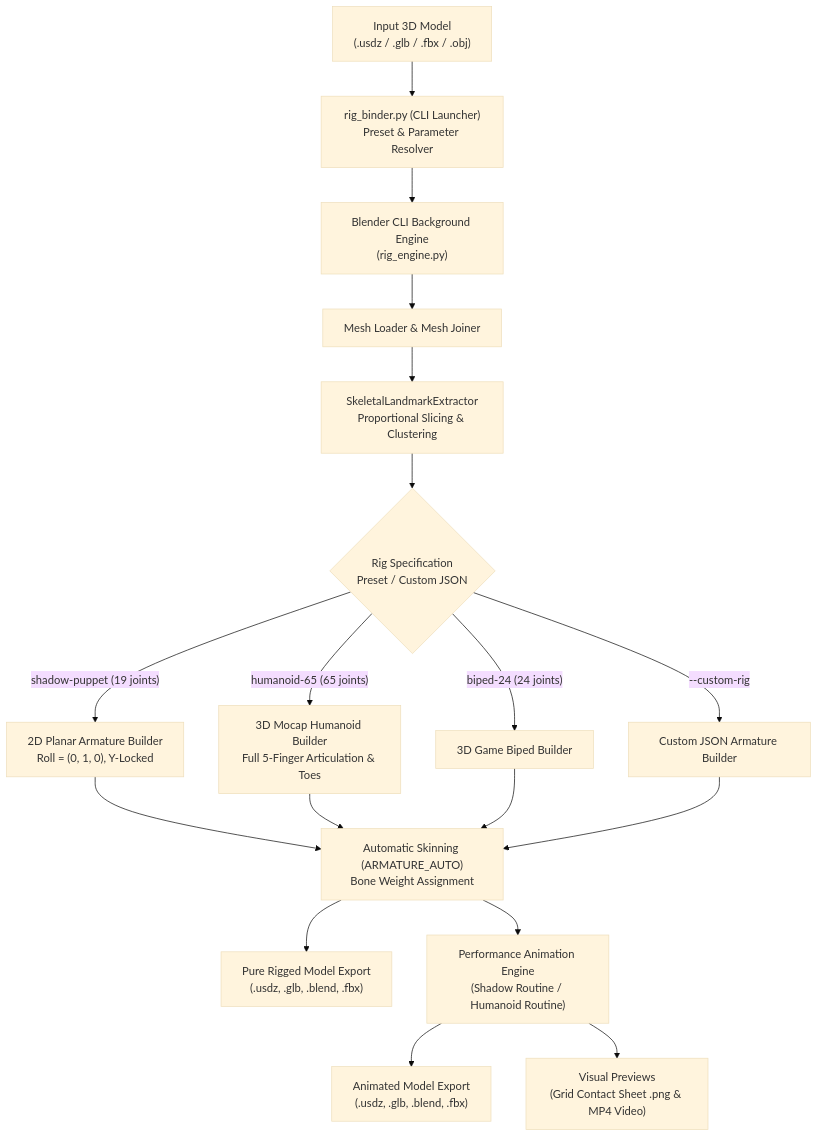
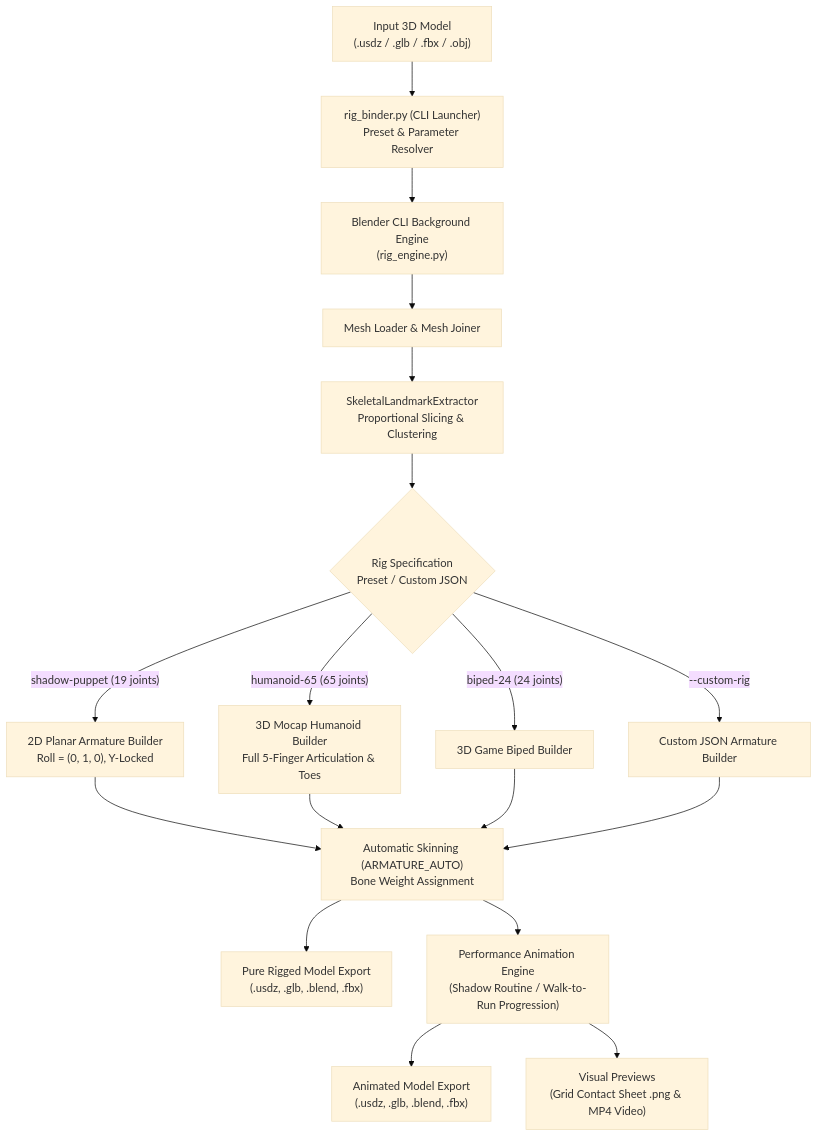
The diagram in xr/rig-binder/ARCHITECTURE.md (dailystudio/frame-and-fable), drawn with Mermaid (base theme) before and after one commit. The commit also changed 2 other files, not shown here.

Commit message:
[xr/rig_binder]: add walk-to-run preview;

````diff
--- a/xr/rig-binder/ARCHITECTURE.md
+++ b/xr/rig-binder/ARCHITECTURE.md
@@ -9,22 +9,22 @@
 ```mermaid
 flowchart TD
     A["Input 3D Model\n(.usdz / .glb / .fbx / .obj)"] --> B["rig_binder.py (CLI Launcher)\nPreset & Parameter Resolver"]
     B --> C["Blender CLI Background Engine\n(rig_engine.py)"]
     
     C --> D["Mesh Loader & Mesh Joiner"]
     D --> E["SkeletalLandmarkExtractor\nProportional Slicing & Clustering"]
     
     E --> F{"Rig Specification\nPreset / Custom JSON"}
     F -->|"shadow-puppet (19 joints)"| G["2D Planar Armature Builder\nRoll = (0, 1, 0), Y-Locked"]
     F -->|"humanoid-65 (65 joints)"| H["3D Mocap Humanoid Builder\nFull 5-Finger Articulation & Toes"]
     F -->|"biped-24 (24 joints)"| I["3D Game Biped Builder"]
     F -->|"--custom-rig <path.json>"| J["Custom JSON Armature Builder"]
     
     G & H & I & J --> K["Automatic Skinning (ARMATURE_AUTO)\nBone Weight Assignment"]
     
     K --> L["Pure Rigged Model Export\n(.usdz, .glb, .blend, .fbx)"]
-    K --> M["Performance Animation Engine\n(Shadow Routine / Humanoid Routine)"]
+    K --> M["Performance Animation Engine\n(Shadow Routine / Walk-to-Run Progression)"]
     
     M --> N["Animated Model Export\n(.usdz, .glb, .blend, .fbx)"]
     M --> O["Visual Previews\n(Grid Contact Sheet .png & MP4 Video)"]
 ```
````
